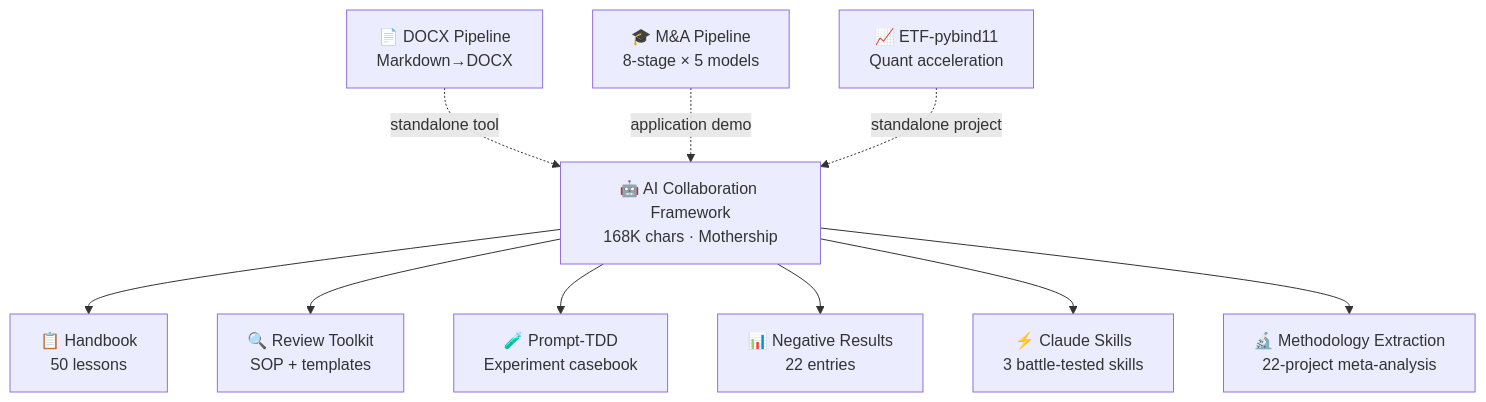
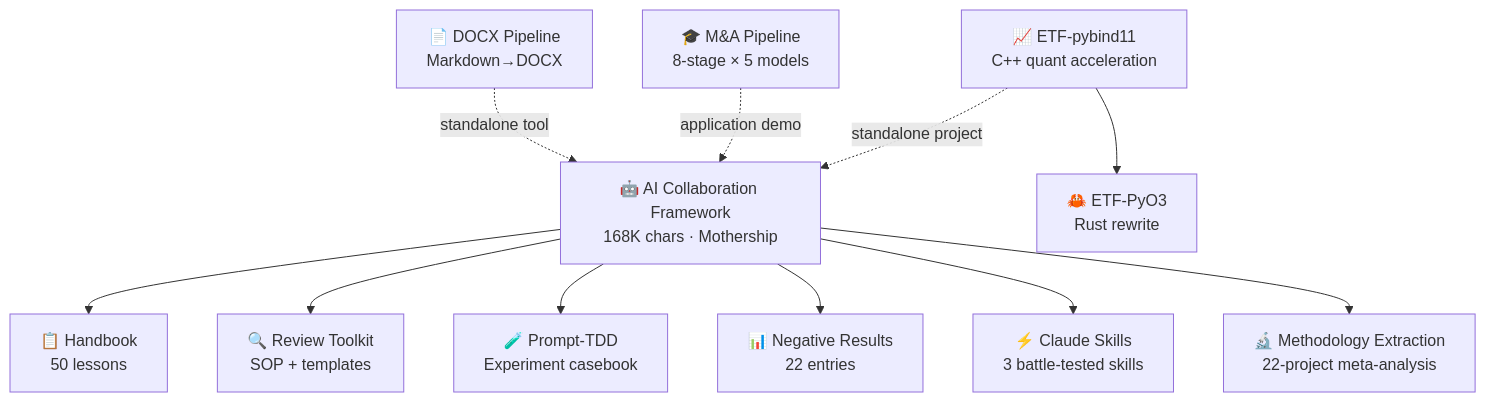
The diagram in README.en.md (redamancy231-create/redamancy231-create), drawn with Mermaid before and after one commit. The commit also changed other lines of this file, not shown here.

Commit message:
add etf-pattern-match-pyo3 to English profile

````diff
--- a/README.en.md
+++ b/README.en.md
@@ -47,13 +48,14 @@
 ```mermaid
 graph TB
     F["🤖 AI Collaboration Framework<br/>168K chars · Mothership"]
     F --> H["📋 Handbook<br/>50 lessons"]
     F --> R["🔍 Review Toolkit<br/>SOP + templates"]
     F --> P["🧪 Prompt-TDD<br/>Experiment casebook"]
     F --> N["📊 Negative Results<br/>22 entries"]
     F --> S["⚡ Claude Skills<br/>3 battle-tested skills"]
     F --> M["🔬 Methodology Extraction<br/>22-project meta-analysis"]
     D["📄 DOCX Pipeline<br/>Markdown→DOCX"] -.->|standalone tool| F
     A["🎓 M&A Pipeline<br/>8-stage × 5 models"] -.->|application demo| F
-    Q["📈 ETF-pybind11<br/>Quant acceleration"] -.->|standalone project| F
+    Q["📈 ETF-pybind11<br/>C++ quant acceleration"] -.->|standalone project| F
+    Q --> E["🦀 ETF-PyO3<br/>Rust rewrite"]
 ```
````
